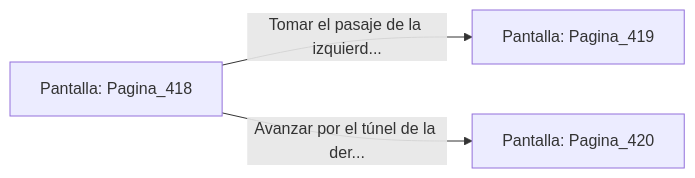
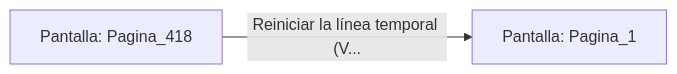
The diagram in sample/eligejuego-vault/Pantalla_Pagina_418.md (metsuke/mpl), drawn with Mermaid before and after one commit. The commit also changed other lines of this file and 635 other files, not shown here.

First line of the commit message:
fix: añadir Pagina_1 como pantalla inicial en capitulo_01.mpl

````diff
--- a/sample/eligejuego-vault/Pantalla_Pagina_418.md
+++ b/sample/eligejuego-vault/Pantalla_Pagina_418.md
@@ -20,6 +17,5 @@
 ```mermaid
 graph LR
     P_Pagina_418["Pantalla: Pagina_418"]
-    P_Pagina_418 -->|"Tomar el pasaje de la izquierd..."| P_Pagina_419["Pantalla: Pagina_419"]
-    P_Pagina_418 -->|"Avanzar por el túnel de la der..."| P_Pagina_420["Pantalla: Pagina_420"]
+    P_Pagina_418 -->|"Reiniciar la línea temporal (V..."| P_Pagina_1["Pantalla: Pagina_1"]
 ```
````
